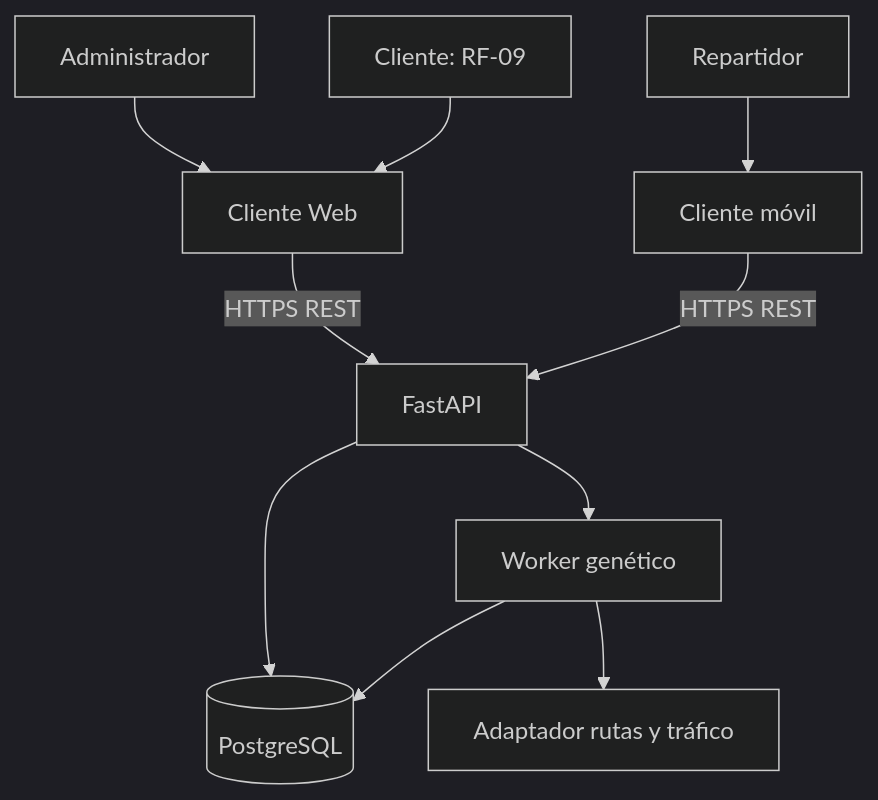
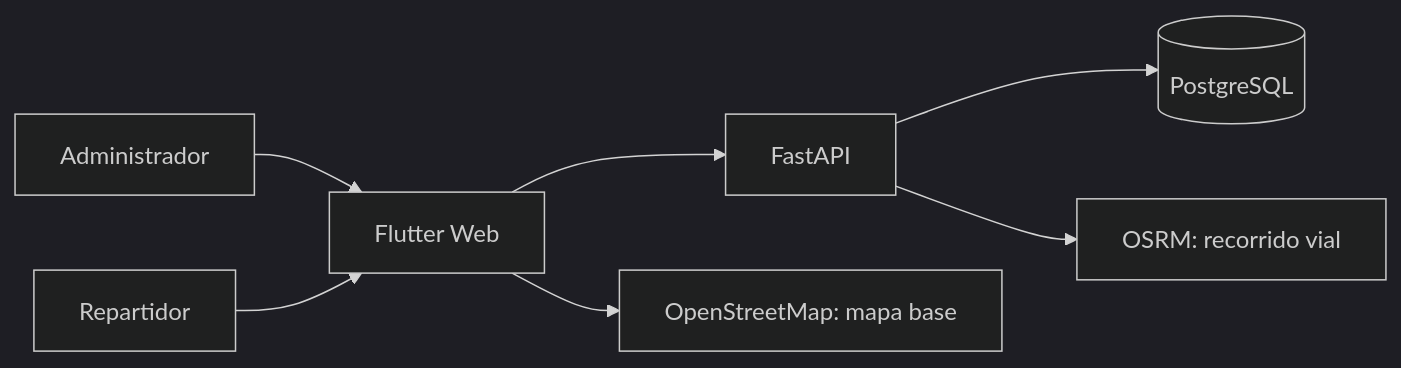
Before and after one commit to DartBlackLink/PFA: the diagram in README.md, drawn with Mermaid (dark theme). The commit also changed other lines of this file and 83 other files, not shown here.

````diff
--- a/README.md
+++ b/README.md
@@ -68,12 +69,9 @@
 ```mermaid
-flowchart TD
-    A[Administrador] --> W[Cliente Web]
-    C[Cliente: RF-09] --> W
-    R[Repartidor] --> M[Cliente móvil]
-    W -->|HTTPS REST| API[FastAPI]
-    M -->|HTTPS REST| API
+flowchart LR
+    A[Administrador] --> W[Flutter Web]
+    R[Repartidor] --> W
+    W --> API[FastAPI]
     API --> DB[(PostgreSQL)]
-    API --> OP[Worker genético]
-    OP --> DB
-    OP --> AD[Adaptador rutas y tráfico]
+    API --> O[OSRM: recorrido vial]
+    W --> M[OpenStreetMap: mapa base]
 ```
````
